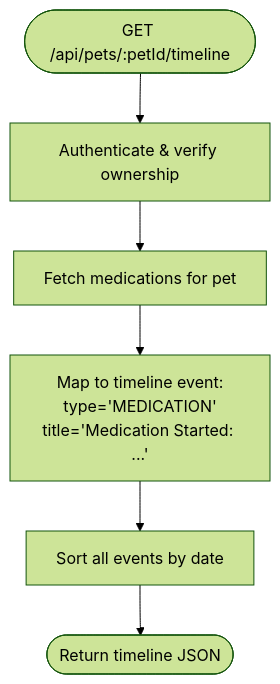
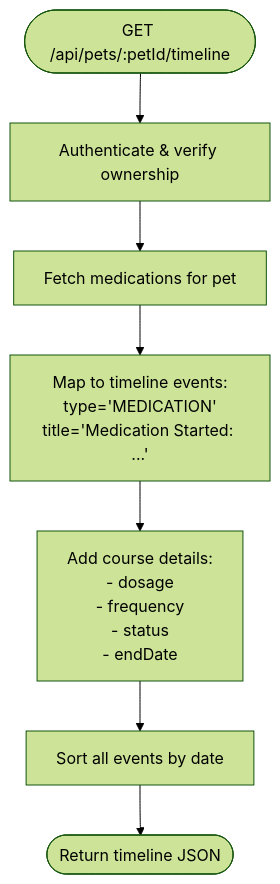
Before and after one commit to Javeria-Javaid/ai-powered-pet-healthcare-ecosystem: the fifth of 7 diagrams in .qoder/repowiki/en/content/Pet Health Management/Medication Management.md, drawn with Mermaid (forest theme). The commit also changed other lines of this file and 45 other files, not shown here.

````diff
--- a/.qoder/repowiki/en/content/Pet Health Management/Medication Management.md
+++ b/.qoder/repowiki/en/content/Pet Health Management/Medication Management.md
@@ -158,8 +254,9 @@
 ```mermaid
 flowchart TD
 Start(["GET /api/pets/:petId/timeline"]) --> Auth["Authenticate & verify ownership"]
 Auth --> Fetch["Fetch medications for pet"]
-Fetch --> Map["Map to timeline event:<br/>type='MEDICATION'<br/>title='Medication Started: ...'"]
-Map --> Sort["Sort all events by date"]
+Fetch --> MapEvents["Map to timeline events:<br/>type='MEDICATION'<br/>title='Medication Started: ...'"]
+MapEvents --> AddDetails["Add course details:<br/>- dosage<br/>- frequency<br/>- status<br/>- endDate"]
+AddDetails --> Sort["Sort all events by date"]
 Sort --> Return(["Return timeline JSON"])
 ```
````
